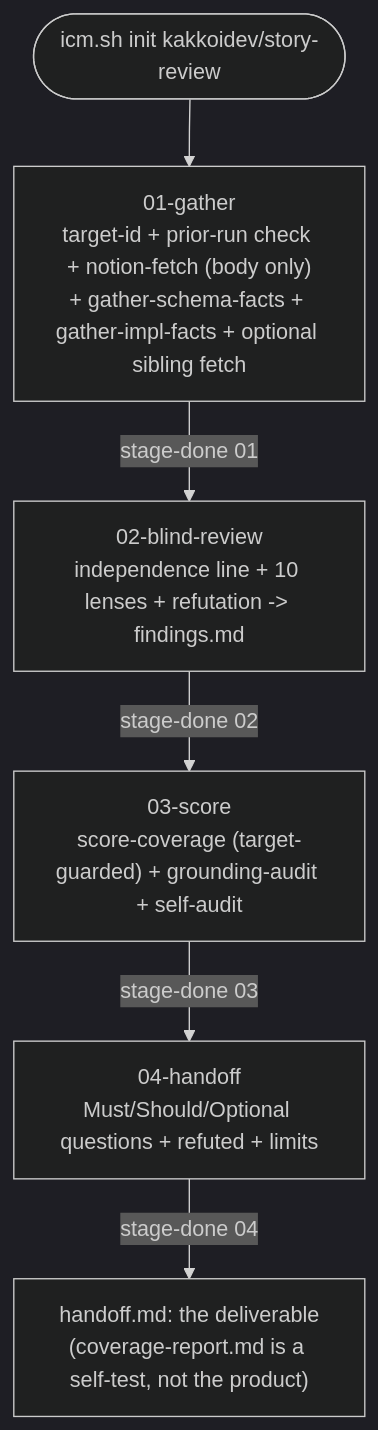
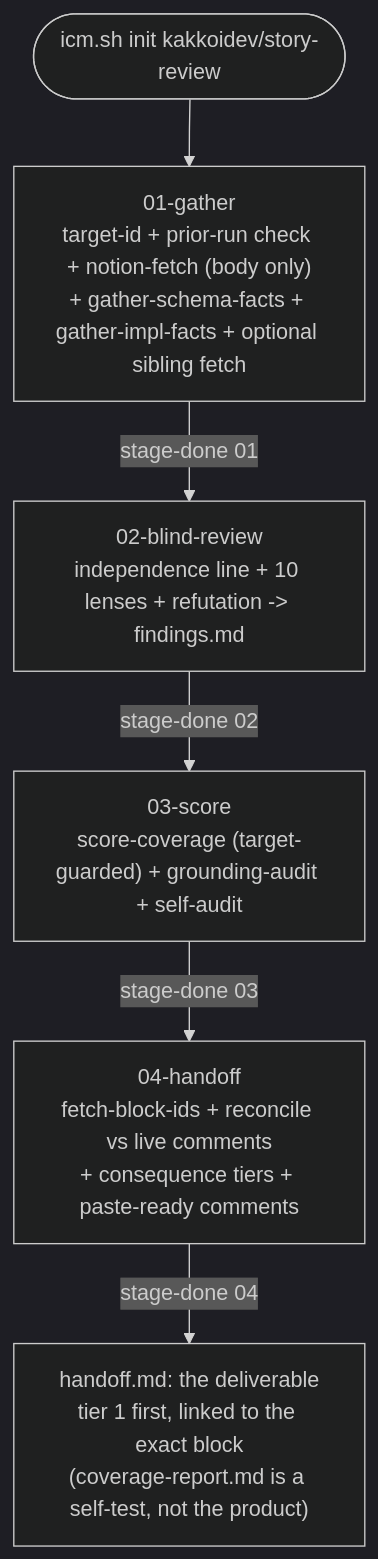
The diagram in skills/kakkoidev/story-review/SKILL.md (KakkoiDev/icm-runtime), drawn with Mermaid (dark theme) before and after one commit. The commit also changed other lines of this file and 4 other files, not shown here.

First line of the commit message:
feat(story-review): consequence tiers, exact block anchors, paste-ready comments

````diff
--- a/skills/kakkoidev/story-review/SKILL.md
+++ b/skills/kakkoidev/story-review/SKILL.md
@@ -119,8 +124,8 @@
 ```mermaid
 flowchart TD
     I(["icm.sh init kakkoidev/story-review"]) --> S1["01-gather<br>target-id + prior-run check + notion-fetch (body only)<br>+ gather-schema-facts + gather-impl-facts + optional sibling fetch"]
     S1 -->|"stage-done 01"| S2["02-blind-review<br>independence line + 10 lenses + refutation -> findings.md"]
     S2 -->|"stage-done 02"| S3["03-score<br>score-coverage (target-guarded) + grounding-audit + self-audit"]
-    S3 -->|"stage-done 03"| S4["04-handoff<br>Must/Should/Optional questions + refuted + limits"]
-    S4 -->|"stage-done 04"| F["handoff.md: the deliverable<br>(coverage-report.md is a self-test, not the product)"]
+    S3 -->|"stage-done 03"| S4["04-handoff<br>fetch-block-ids + reconcile vs live comments<br>+ consequence tiers + paste-ready comments"]
+    S4 -->|"stage-done 04"| F["handoff.md: the deliverable<br>tier 1 first, linked to the exact block<br>(coverage-report.md is a self-test, not the product)"]
 ```
````
